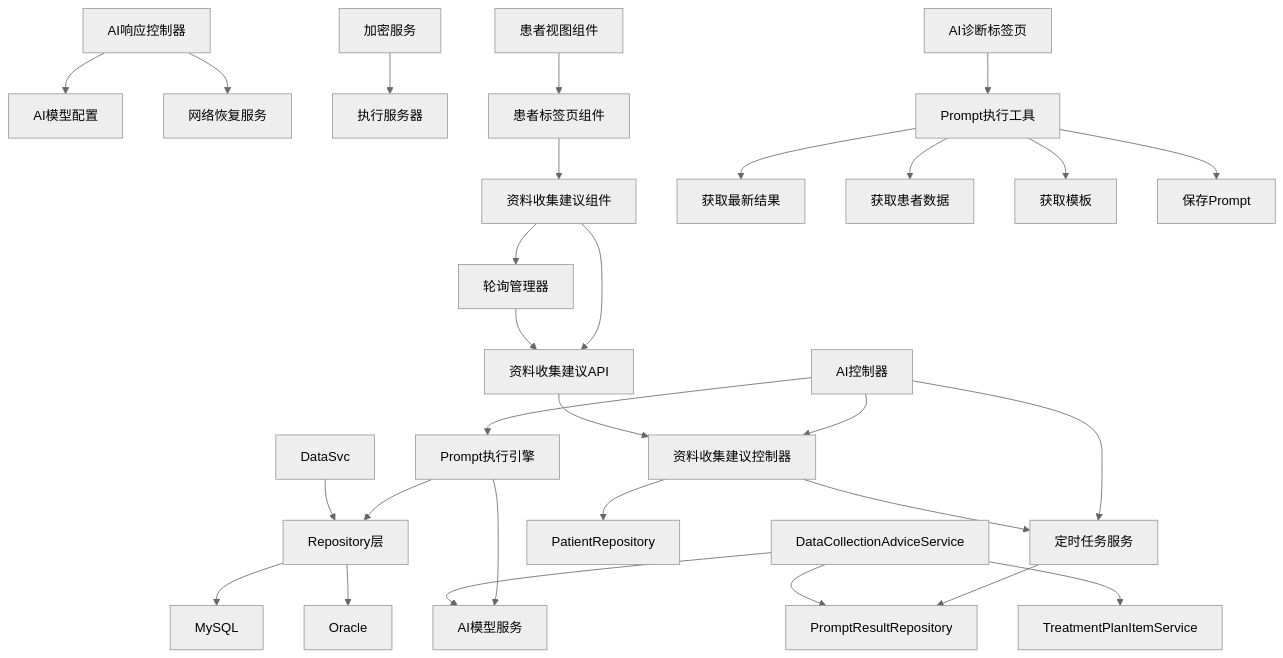
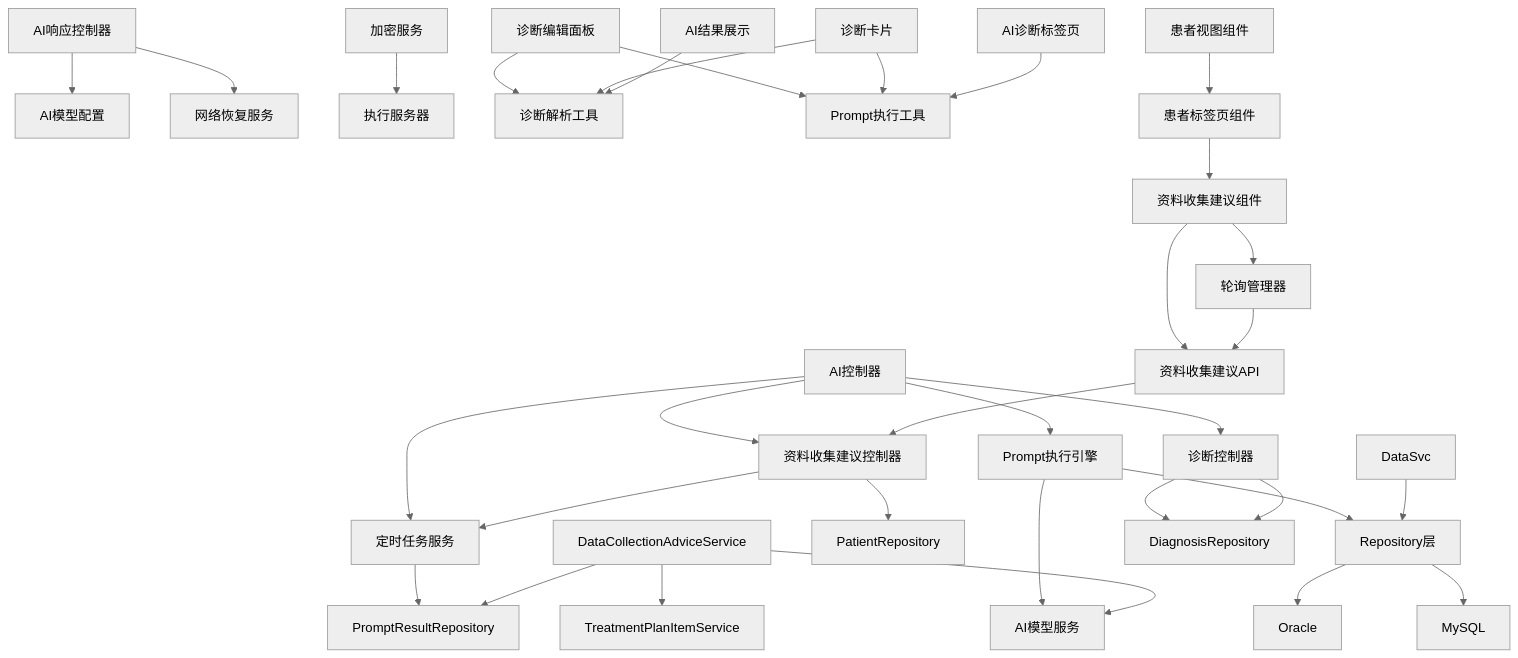
One commit to liuzh2008/med_ai_assistant_workspace changed the tenth of 10 diagrams in .qoder/repowiki/zh/content/核心功能模块/AI诊断辅助系统.md. Above: the diagram before and after it, drawn with Mermaid (neutral theme). The commit also changed other lines of this file and 14 other files, not shown here.

````diff
--- a/.qoder/repowiki/zh/content/核心功能模块/AI诊断辅助系统.md
+++ b/.qoder/repowiki/zh/content/核心功能模块/AI诊断辅助系统.md
@@ -874,31 +996,35 @@
 ```mermaid
 graph TB
 AI["AI控制器"] --> PromptSvc["Prompt执行引擎"]
 AI --> TimerSvc["定时任务服务"]
 AI --> DataCollectionAdviceCtrl["资料收集建议控制器"]
+AI --> DiagnosisCtrl["诊断控制器"]
 AIResp["AI响应控制器"] --> AIModelCfg["AI模型配置"]
 AIResp --> NetRecovery["网络恢复服务"]
 Encrypt["加密服务"] --> ExecServer["执行服务器"]
 PromptSvc --> Repo["Repository层"]
 TimerSvc --> PromptResultRepo["PromptResultRepository"]
 DataCollectionAdviceCtrl --> TimerSvc
 DataCollectionAdviceCtrl --> PatientRepo["PatientRepository"]
 DataCollectionAdviceService --> PromptResultRepo
 DataCollectionAdviceService --> TreatmentPlanService["TreatmentPlanItemService"]
+DiagnosisCtrl --> DiagnosisRepo["DiagnosisRepository"]
+DiagnosisEditPanel["诊断编辑面板"] --> diagnosisParser["诊断解析工具"]
+DiagnosisCard["诊断卡片"] --> diagnosisParser
+AIResults["AI结果展示"] --> diagnosisParser
+DiagnosisEditPanel --> handlePromptExecution["Prompt执行工具"]
+DiagnosisCard --> handlePromptExecution
 DataCollectionAdvice["资料收集建议组件"] --> PollingManager["轮询管理器"]
 DataCollectionAdvice --> DataCollectionAdviceAPI["资料收集建议API"]
 DataCollectionAdviceAPI --> DataCollectionAdviceCtrl
 PollingManager --> DataCollectionAdviceAPI
 PatientTabs["患者标签页组件"] --> DataCollectionAdvice
 PatientView["患者视图组件"] --> PatientTabs
-AIDiagnosisTab["AI诊断标签页"] --> handlePromptExecution["Prompt执行工具"]
-handlePromptExecution --> getLatestPromptResult["获取最新结果"]
-handlePromptExecution --> getPatientData["获取患者数据"]
-handlePromptExecution --> getPromptTemplate["获取模板"]
-handlePromptExecution --> addPrompt["保存Prompt"]
+AIDiagnosisTab["AI诊断标签页"] --> handlePromptExecution
 DataSvc --> Repo
 Repo --> MySQL["MySQL"]
 Repo --> Oracle["Oracle"]
 PromptSvc --> AIModel["AI模型服务"]
 DataCollectionAdviceService --> AIModel
+DiagnosisCtrl --> DiagnosisRepo
 ```
````
